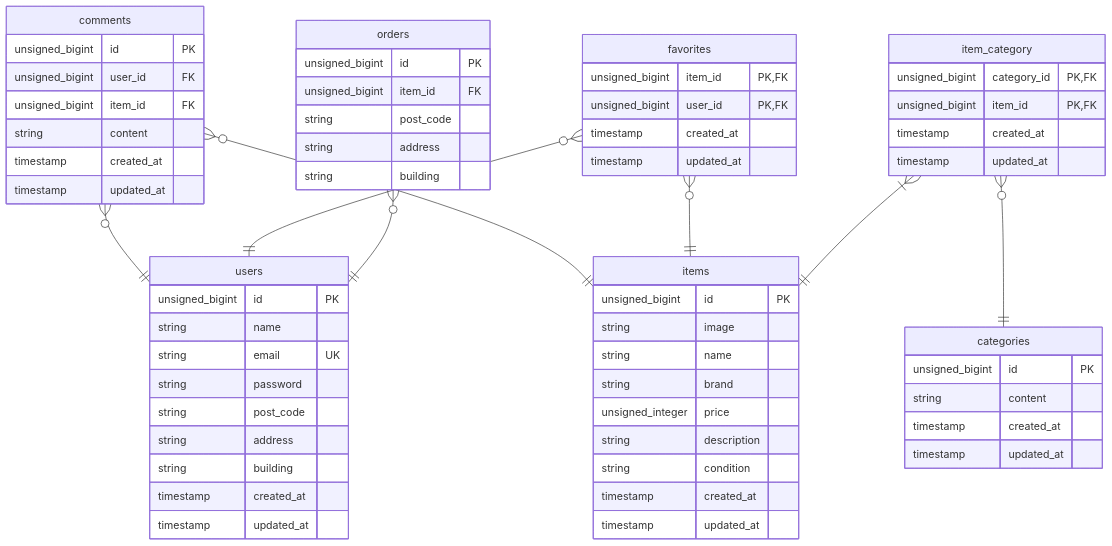
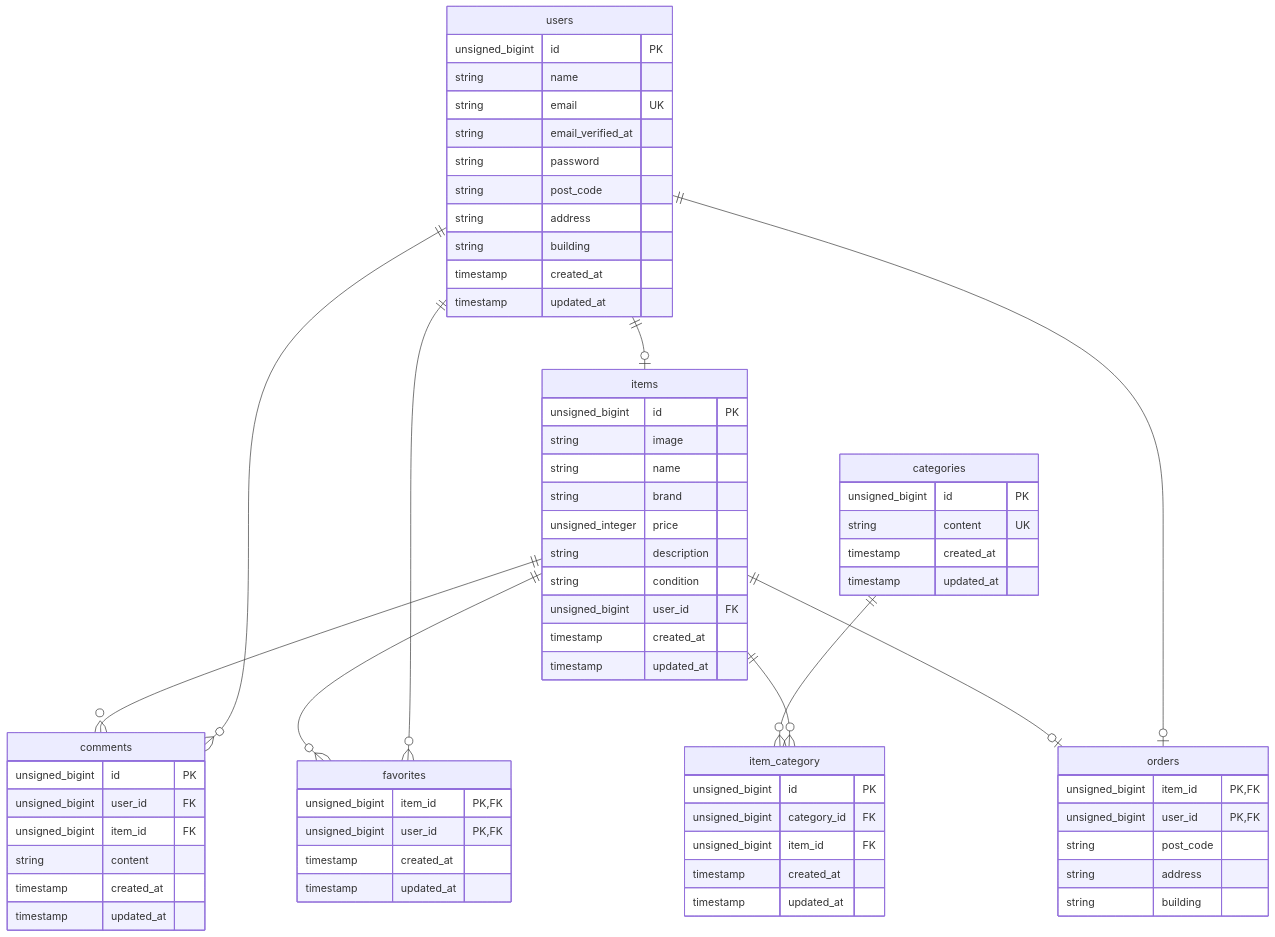
One commit to itoro967/FreeMarketApp changed the diagram in ER.md. Above: the diagram before and after it, drawn with Mermaid. The commit also changed 16 other files, not shown here.

````diff
--- a/ER.md
+++ b/ER.md
@@ -1,68 +1,76 @@
 ```mermaid
 erDiagram
 
-comments}o--||users:""
-comments}o--||items:""
-favorites}o--||users:""
-favorites}o--||items:""
+users||--o|items:""
 
-item_category}o--||categories:""
-item_category}|--||items:""
-orders}o--||users:""
+items||--o{comments:""
+users||--o{comments:""
+
+items||--o{favorites:""
+users||--o{favorites:""
+
+categories||--o{item_category:""
+items||--o{item_category:""
+
+items||--o|orders:""
+users||--o|orders:""
 
 users{
   unsigned_bigint id PK
   string name
   string email UK
+  string email_verified_at
   string password
   string post_code
   string address
   string building
   timestamp created_at
   timestamp updated_at
 }
 items{
   unsigned_bigint id PK
   string image
   string name
   string brand
   unsigned_integer price
   string description
   string condition
+  unsigned_bigint user_id FK
   timestamp created_at
   timestamp updated_at
 }
 comments{
   unsigned_bigint id PK
   unsigned_bigint user_id FK
   unsigned_bigint item_id FK
   string content
   timestamp created_at
   timestamp updated_at
 }
 categories{
   unsigned_bigint id PK
-  string content
+  string content UK
   timestamp created_at
   timestamp updated_at
 }
 favorites{
   unsigned_bigint item_id PK,FK
   unsigned_bigint user_id PK,FK
   timestamp created_at
   timestamp updated_at
 }
 item_category{
-  unsigned_bigint category_id PK,FK
-  unsigned_bigint item_id PK,FK
+  unsigned_bigint id PK
+  unsigned_bigint category_id FK
+  unsigned_bigint item_id FK
   timestamp created_at
   timestamp updated_at
 }
 orders{
-  unsigned_bigint id PK
-  unsigned_bigint item_id FK
+  unsigned_bigint item_id PK,FK
+  unsigned_bigint user_id PK,FK
   string post_code
   string address
   string building
 }
 ```
````
